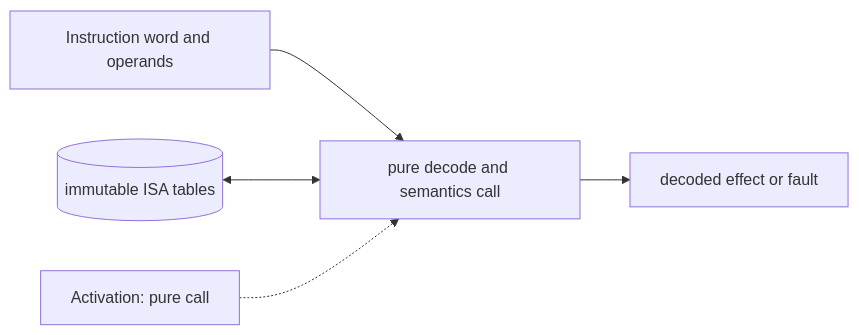
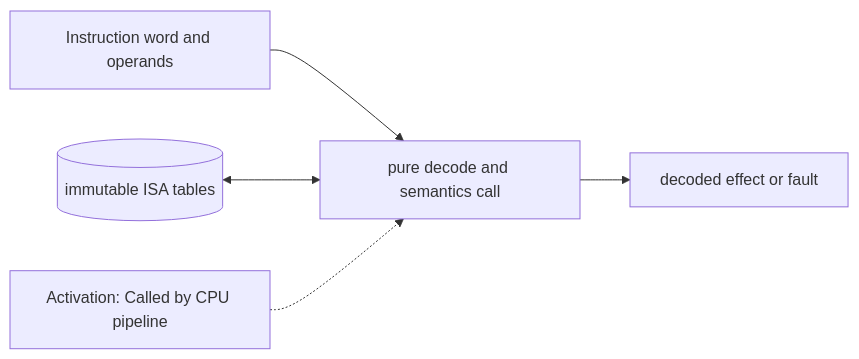
The diagram in docs/modules/isa-decoder-and-semantics.md (qsbit-org/qsbit-sim), drawn with Mermaid before and after one commit. The commit also changed other lines of this file and 24 other files, not shown here.

````diff
--- a/docs/modules/isa-decoder-and-semantics.md
+++ b/docs/modules/isa-decoder-and-semantics.md
@@ -17,7 +17,7 @@
 ```mermaid
 flowchart LR
     U["Instruction word and operands"] --> P["pure decode and semantics call"]
     S[("immutable ISA tables")] <--> P
     P --> D["decoded effect or fault"]
-    K["Activation: pure call"] -.-> P
+    K["Activation: Called by CPU pipeline"] -.-> P
 ```
````
